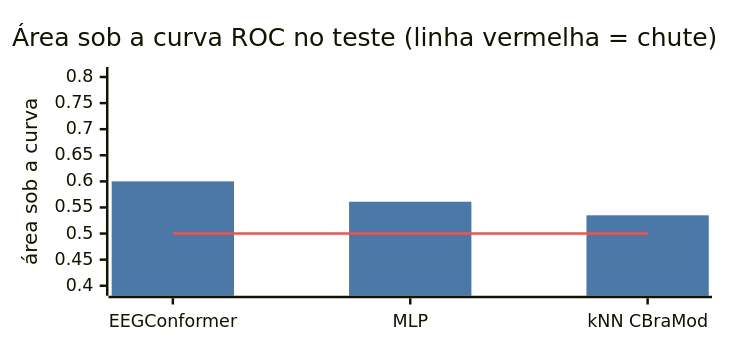
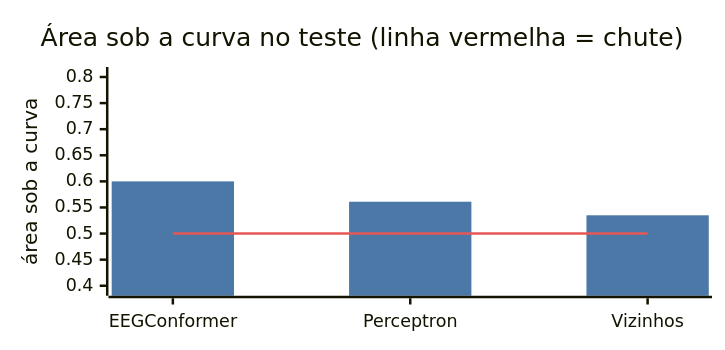
The eighth of 8 diagrams in README.md (kafb04/data-engineering-multimodal-ai), drawn with Mermaid before and after one commit. The commit also changed other lines of this file, not shown here.

````diff
--- a/README.md
+++ b/README.md
@@ -336,17 +212,17 @@
 ```mermaid
 ---
 config:
   xyChart:
     width: 560
     height: 260
   themeVariables:
     xyChart:
       plotColorPalette: "#4C78A8, #E45756"
 ---
 xychart-beta
-    title "Área sob a curva ROC no teste (linha vermelha = chute)"
-    x-axis ["EEGConformer", "MLP", "kNN CBraMod"]
+    title "Área sob a curva no teste (linha vermelha = chute)"
+    x-axis ["EEGConformer", "Perceptron", "Vizinhos"]
     y-axis "área sob a curva" 0.4 --> 0.8
     bar [0.600, 0.561, 0.535]
     line [0.5, 0.5, 0.5]
 ```
````
